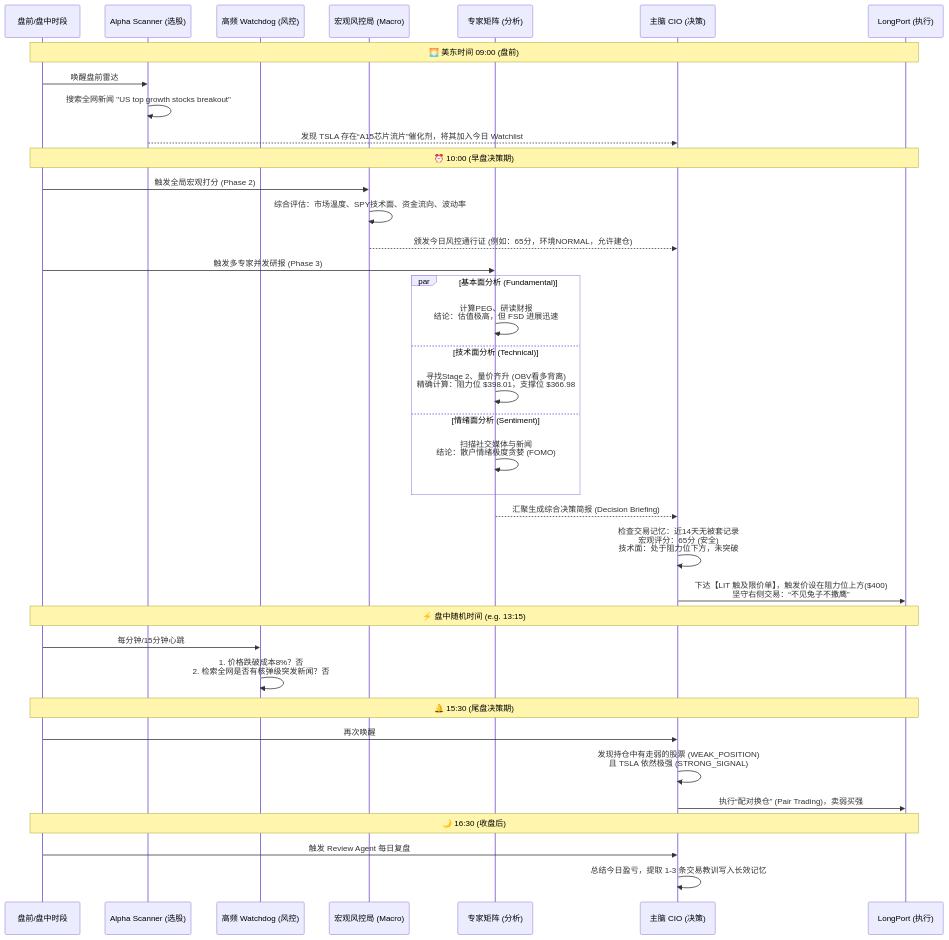
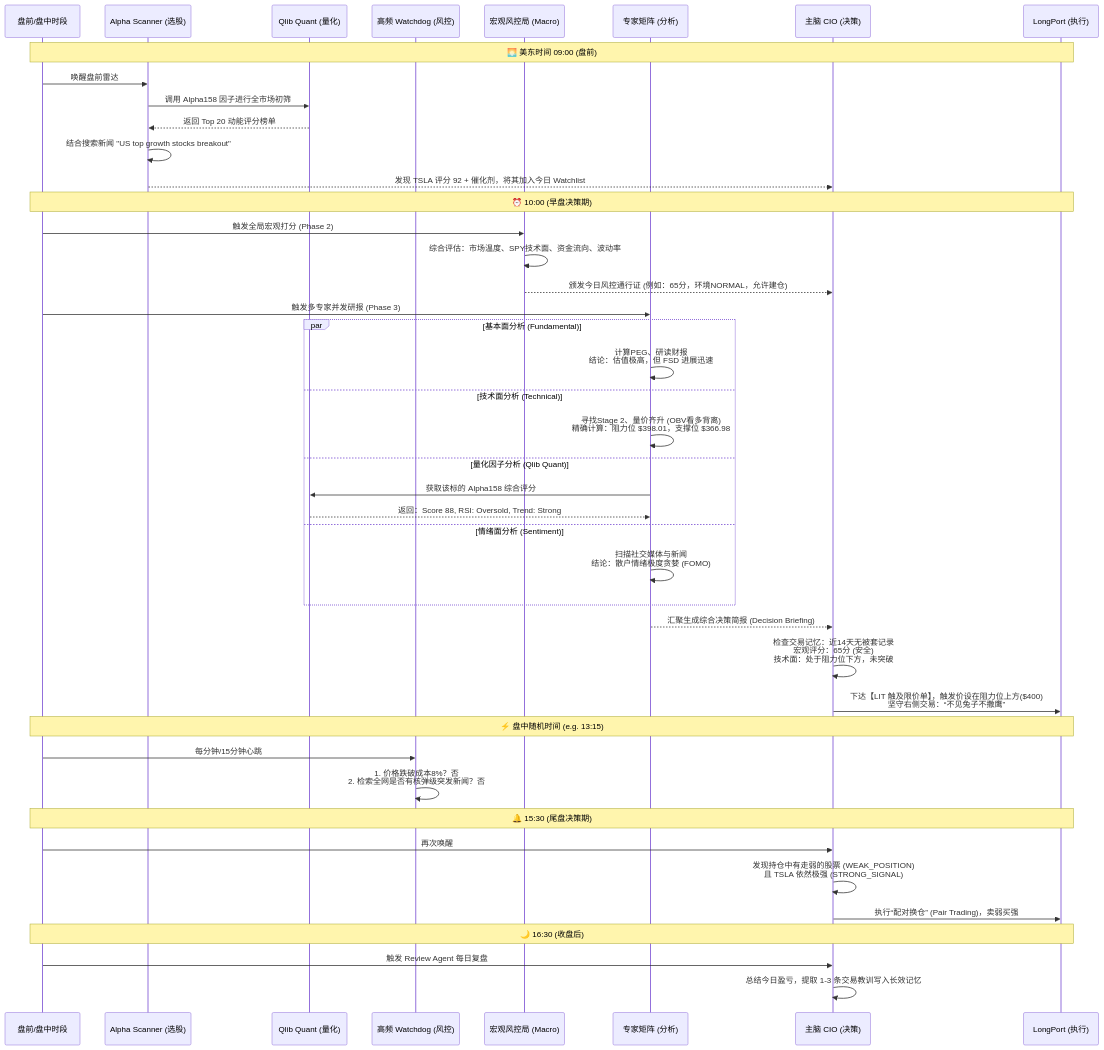
One commit to lsluqiye-lab/LP_agent changed the diagram in README.md. Above: the diagram before and after it, drawn with Mermaid. The commit also changed other lines of this file and 1 other file, not shown here.

Commit message:
docs: upgrade architecture diagram with Qlib integration and add HTML visualization

````diff
--- a/README.md
+++ b/README.md
@@ -13,48 +13,54 @@
 ```mermaid
 sequenceDiagram
     participant Time as 盘前/盘中时段
     participant Phase0 as Alpha Scanner (选股)
+    participant Qlib as Qlib Quant (量化)
     participant WD as 高频 Watchdog (风控)
     participant Risk as 宏观风控局 (Macro)
     participant Expert as 专家矩阵 (分析)
     participant CIO as 主脑 CIO (决策)
     participant Broker as LongPort (执行)
 
     Note over Time, Broker: 🌅 美东时间 09:00 (盘前)
     Time->>Phase0: 唤醒盘前雷达
-    Phase0->>Phase0: 搜索全网新闻 "US top growth stocks breakout"
-    Phase0-->>CIO: 发现 TSLA 存在“A15芯片流片”催化剂，将其加入今日 Watchlist
+    Phase0->>Qlib: 调用 Alpha158 因子进行全市场初筛
+    Qlib-->>Phase0: 返回 Top 20 动能评分榜单
+    Phase0->>Phase0: 结合搜索新闻 "US top growth stocks breakout"
+    Phase0-->>CIO: 发现 TSLA 评分 92 + 催化剂，将其加入今日 Watchlist
 
     Note over Time, Broker: ⏰ 10:00 (早盘决策期)
     Time->>Risk: 触发全局宏观打分 (Phase 2)
     Risk->>Risk: 综合评估：市场温度、SPY技术面、资金流向、波动率
     Risk-->>CIO: 颁发今日风控通行证 (例如：65分，环境NORMAL，允许建仓)
     
     Time->>Expert: 触发多专家并发研报 (Phase 3)
     
     par 基本面分析 (Fundamental)
         Expert->>Expert: 计算PEG、研读财报<br/>结论：估值极高，但 FSD 进展迅速
     and 技术面分析 (Technical)
         Expert->>Expert: 寻找Stage 2、量价齐升 (OBV看多背离)<br/>精确计算：阻力位 $398.01，支撑位 $366.98
+    and 量化因子分析 (Qlib Quant)
+        Expert->>Qlib: 获取该标的 Alpha158 综合评分
+        Qlib-->>Expert: 返回：Score 88, RSI: Oversold, Trend: Strong
     and 情绪面分析 (Sentiment)
         Expert->>Expert: 扫描社交媒体与新闻<br/>结论：散户情绪极度贪婪 (FOMO)
     end
     
     Expert-->>CIO: 汇聚生成综合决策简报 (Decision Briefing)
 
     CIO->>CIO: 检查交易记忆：近14天无被套记录<br/>宏观评分：65分 (安全)<br/>技术面：处于阻力位下方，未突破
     CIO->>Broker: 下达【LIT 触及限价单】，触发价设在阻力位上方($400)<br/>坚守右侧交易：“不见兔子不撒鹰”
 
     Note over Time, Broker: ⚡ 盘中随机时间 (e.g. 13:15)
     Time->>WD: 每分钟/15分钟心跳
     WD->>WD: 1. 价格跌破成本8%？否<br/>2. 检索全网是否有核弹级突发新闻？否
 
     Note over Time, Broker: 🔔 15:30 (尾盘决策期)
     Time->>CIO: 再次唤醒
     CIO->>CIO: 发现持仓中有走弱的股票 (WEAK_POSITION)<br/>且 TSLA 依然极强 (STRONG_SIGNAL)
     CIO->>Broker: 执行“配对换仓” (Pair Trading)，卖弱买强
     
     Note over Time, Broker: 🌙 16:30 (收盘后)
     Time->>CIO: 触发 Review Agent 每日复盘
     CIO->>CIO: 总结今日盈亏，提取 1-3 条交易教训写入长效记忆
 ```
````
